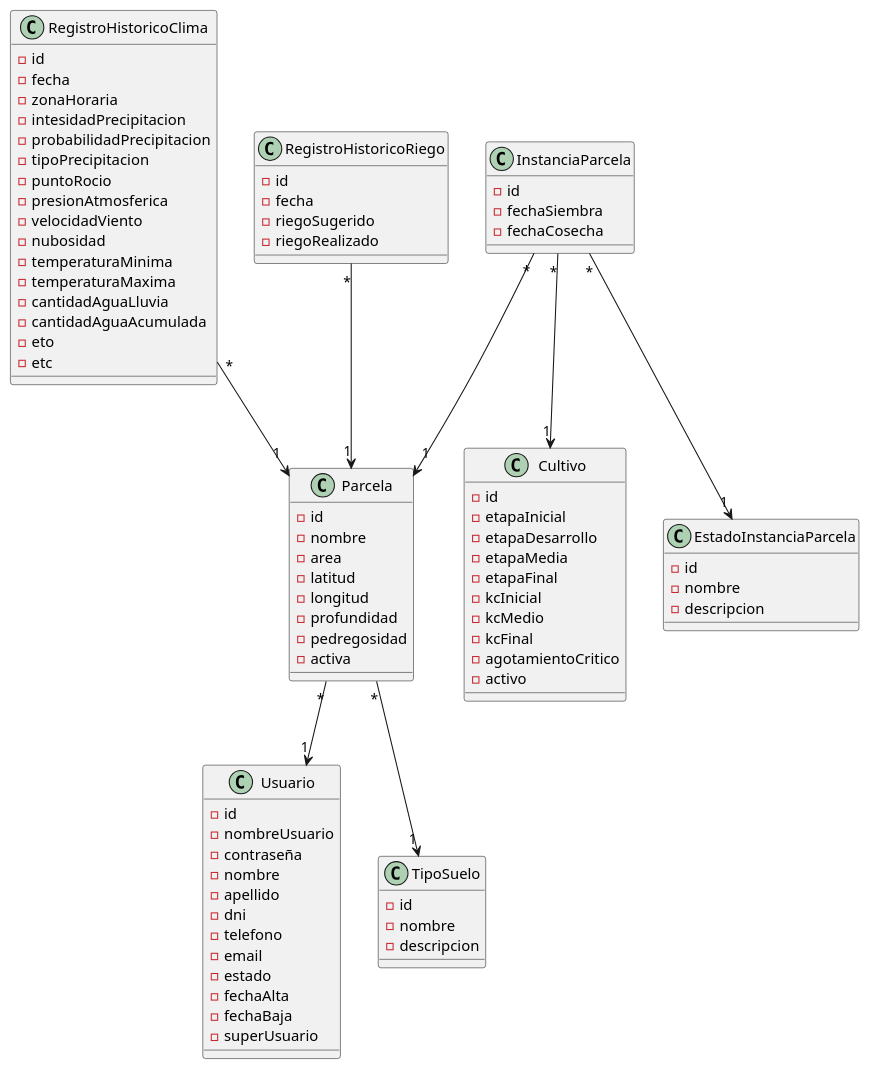
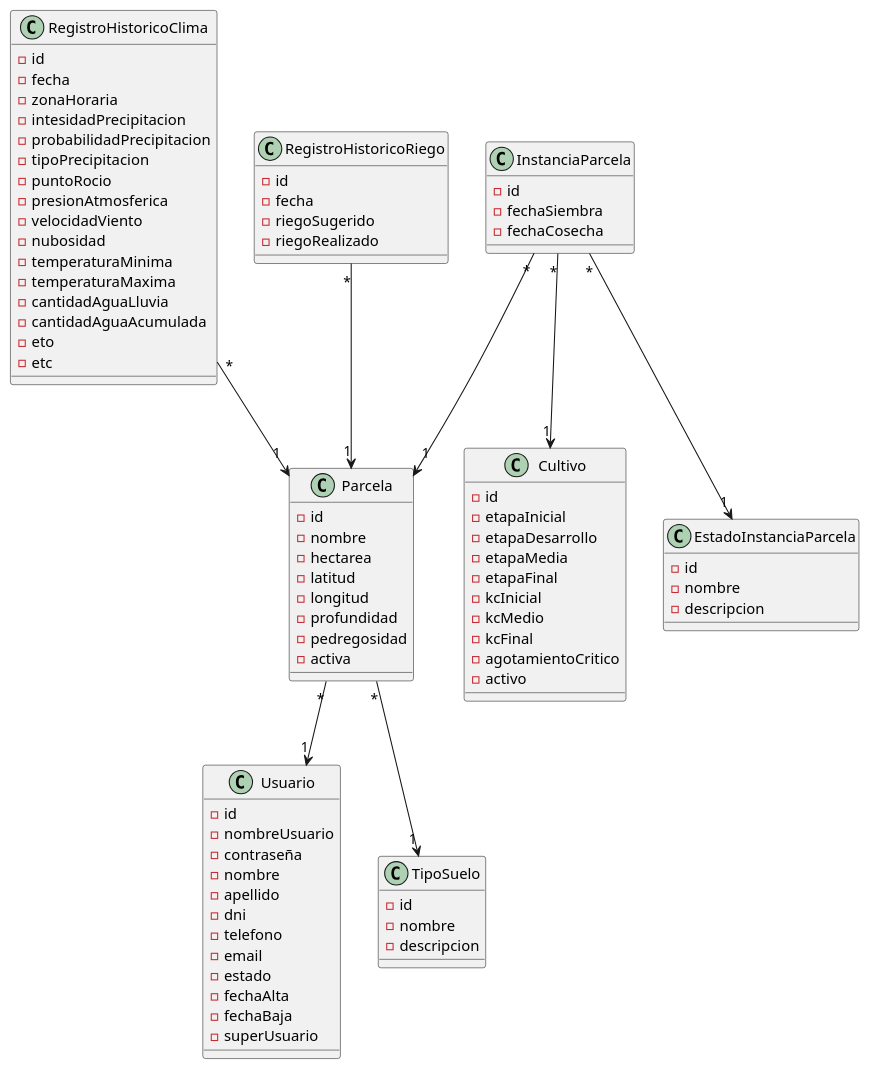
One commit to FacuDeveloper/Sistema-de-riego changed the diagram in Modelo de dominio/Modelo de dominio.pu. Above: the diagram before and after it, drawn with PlantUML. The commit also changed 1 other file, not shown here.

```diff
--- a/Modelo de dominio/Modelo de dominio.pu
+++ b/Modelo de dominio/Modelo de dominio.pu
@@ -1,94 +1,94 @@
 @startuml
 
 Parcela "*"-->"1" Usuario
 Parcela "*"-->"1" TipoSuelo
 RegistroHistoricoClima "*"-->"1" Parcela
 RegistroHistoricoRiego "*"-->"1" Parcela
 InstanciaParcela "*"-->"1" Parcela
 InstanciaParcela "*"-->"1" Cultivo
 InstanciaParcela "*"-->"1" EstadoInstanciaParcela
 
 class Parcela {
 -id
 -nombre
--area
+-hectarea
 -latitud
 -longitud
 -profundidad
 -pedregosidad
 -activa
 }
 
 class Cultivo {
 -id
 -etapaInicial
 -etapaDesarrollo
 -etapaMedia
 -etapaFinal
 -kcInicial
 -kcMedio
 -kcFinal
 -agotamientoCritico
 -activo
 }
 
 class TipoSuelo {
 -id
 -nombre
 -descripcion
 }
 
 class RegistroHistoricoClima {
 -id
 -fecha
 -zonaHoraria
 -intesidadPrecipitacion
 -probabilidadPrecipitacion
 -tipoPrecipitacion
 -puntoRocio
 -presionAtmosferica
 -velocidadViento
 -nubosidad
 -temperaturaMinima
 -temperaturaMaxima
 -cantidadAguaLluvia
 -cantidadAguaAcumulada
 -eto
 -etc
 }
 
 class InstanciaParcela {
 -id
 -fechaSiembra
 -fechaCosecha
 }
 
 class RegistroHistoricoRiego {
 -id
 -fecha
 -riegoSugerido
 -riegoRealizado
 }
 
 class Usuario {
 -id
 -nombreUsuario
 -contraseña
 -nombre
 -apellido
 -dni
 -telefono
 -email
 -estado
 -fechaAlta
 -fechaBaja
 -superUsuario
 }
 
 class EstadoInstanciaParcela {
 -id
 -nombre
 -descripcion
 }
 
 @enduml
```
